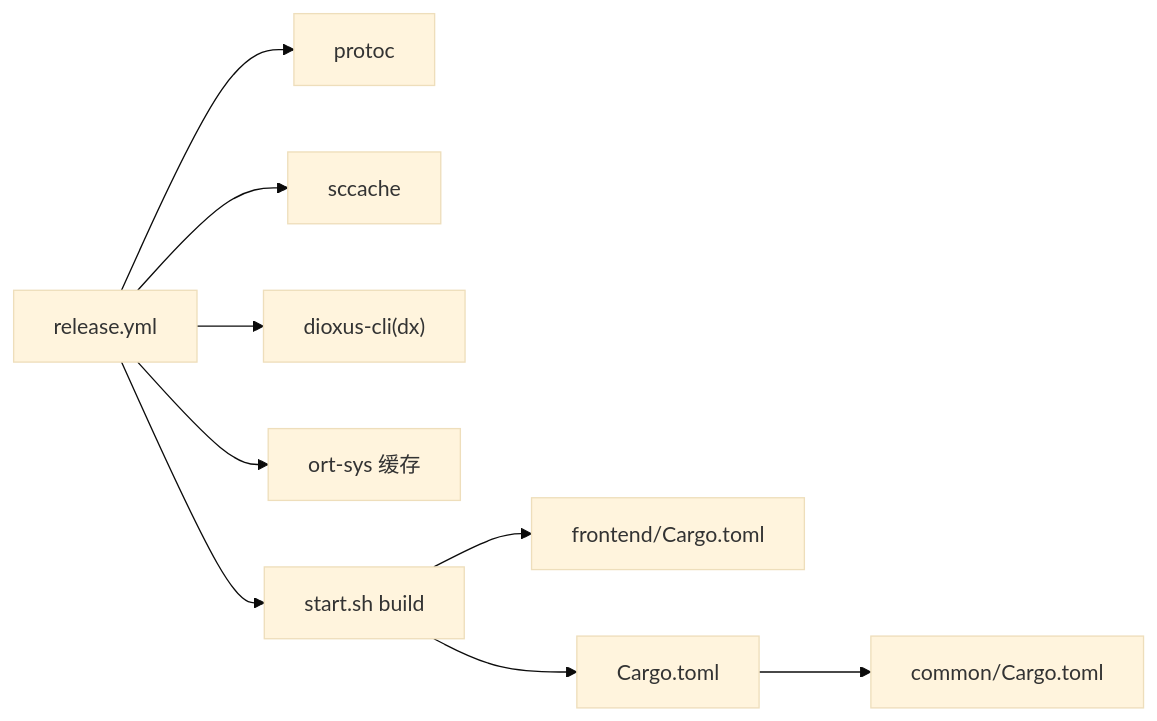
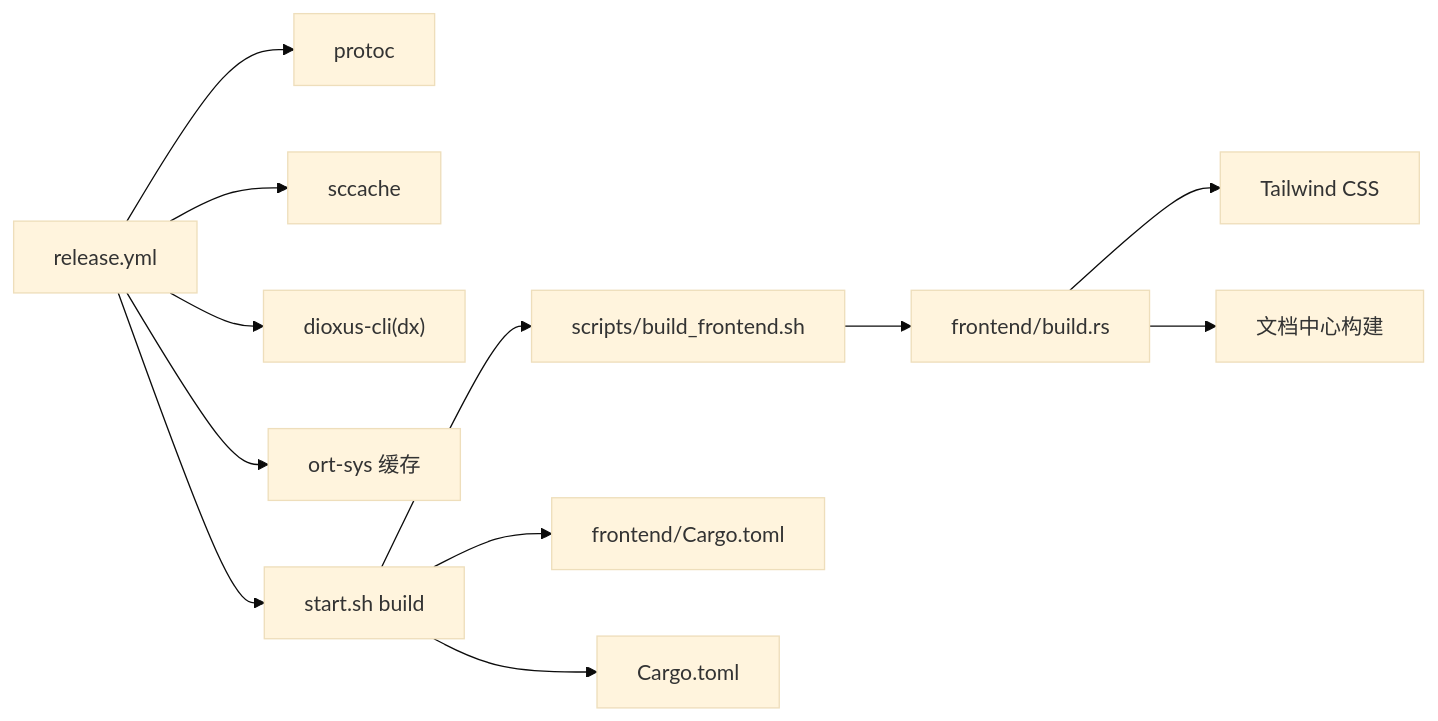
Before and after one commit to runningcoders/ai_orz: the seventh of 7 diagrams in .qoder/repowiki/zh/content/基础设施/持续集成与发布工作流.md, drawn with Mermaid (base theme). The commit also changed other lines of this file and 133 other files, not shown here.

````diff
--- a/.qoder/repowiki/zh/content/基础设施/持续集成与发布工作流.md
+++ b/.qoder/repowiki/zh/content/基础设施/持续集成与发布工作流.md
@@ -246,11 +319,14 @@
 ```mermaid
 graph LR
 A["release.yml"] --> B["protoc"]
 A --> C["sccache"]
 A --> D["dioxus-cli(dx)"]
 A --> E["ort-sys 缓存"]
 A --> F["start.sh build"]
-F --> G["frontend/Cargo.toml"]
-F --> H["Cargo.toml"]
-H --> I["common/Cargo.toml"]
+F --> G["scripts/build_frontend.sh"]
+G --> H["frontend/build.rs"]
+F --> I["frontend/Cargo.toml"]
+F --> J["Cargo.toml"]
+H --> K["Tailwind CSS"]
+H --> L["文档中心构建"]
 ```
````
